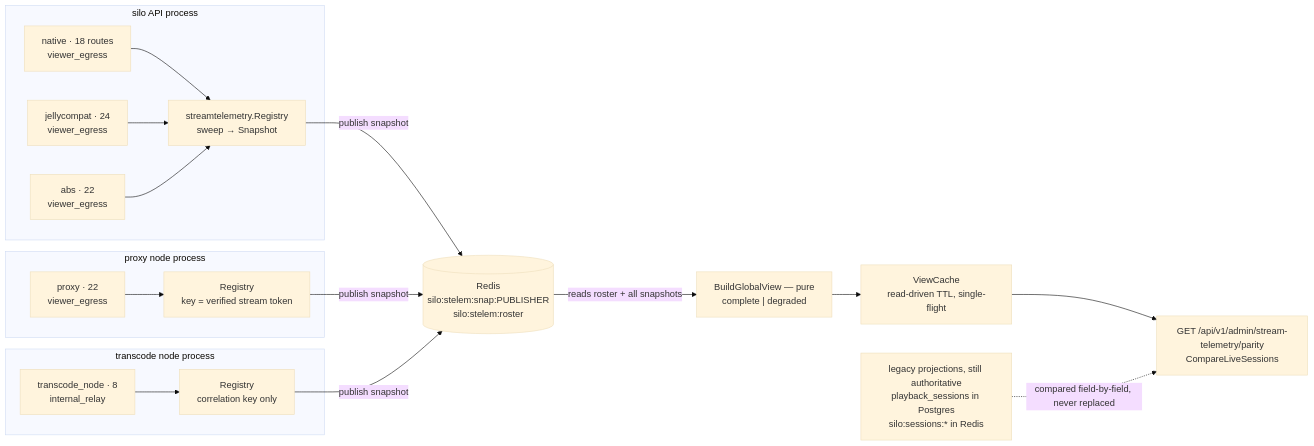
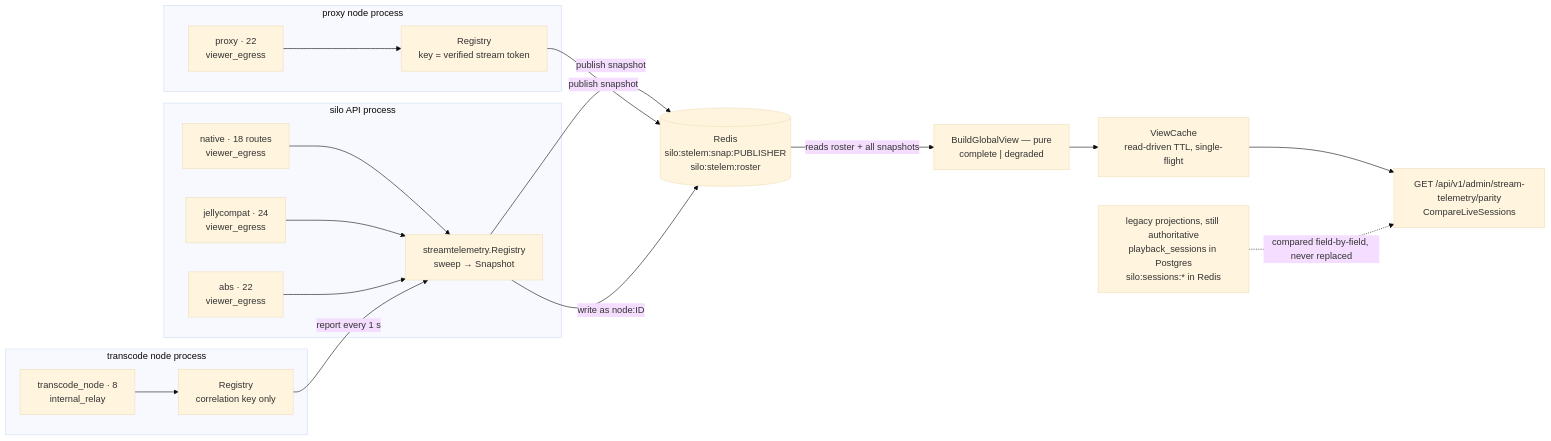
Before and after one commit to Silo-Server/silo-server: the first of 2 diagrams in docs/design/2026-08-17-stream-telemetry.md, drawn with Mermaid (base theme). The commit also changed other lines of this file and 303 other files, not shown here.

````diff
--- a/docs/design/2026-08-17-stream-telemetry.md
+++ b/docs/design/2026-08-17-stream-telemetry.md
@@ -53,21 +53,22 @@
 ```mermaid
 flowchart LR
   subgraph API["silo API process"]
     N["native · 18 routes<br/>viewer_egress"] --> RA["streamtelemetry.Registry<br/>sweep → Snapshot"]
     J["jellycompat · 24<br/>viewer_egress"] --> RA
     A["abs · 22<br/>viewer_egress"] --> RA
   end
   subgraph PX["proxy node process"]
     P["proxy · 22<br/>viewer_egress"] --> RP["Registry<br/>key = verified stream token"]
   end
   subgraph TN["transcode node process"]
     T["transcode_node · 8<br/>internal_relay"] --> RT["Registry<br/>correlation key only"]
   end
   RA -- "publish snapshot" --> R[("Redis<br/>silo:stelem:snap:PUBLISHER<br/>silo:stelem:roster")]
   RP -- "publish snapshot" --> R
-  RT -- "publish snapshot" --> R
+  RT -- "report every 1 s" --> RA
+  RA -- "write as node:ID" --> R
   R -- "reads roster + all snapshots" --> M["BuildGlobalView — pure<br/>complete | degraded"]
   M --> V["ViewCache<br/>read-driven TTL, single-flight"]
   V --> E["GET /api/v1/admin/stream-telemetry/parity<br/>CompareLiveSessions"]
   L["legacy projections, still authoritative<br/>playback_sessions in Postgres<br/>silo:sessions:* in Redis"] -. "compared field-by-field, never replaced" .-> E
 ```
````
